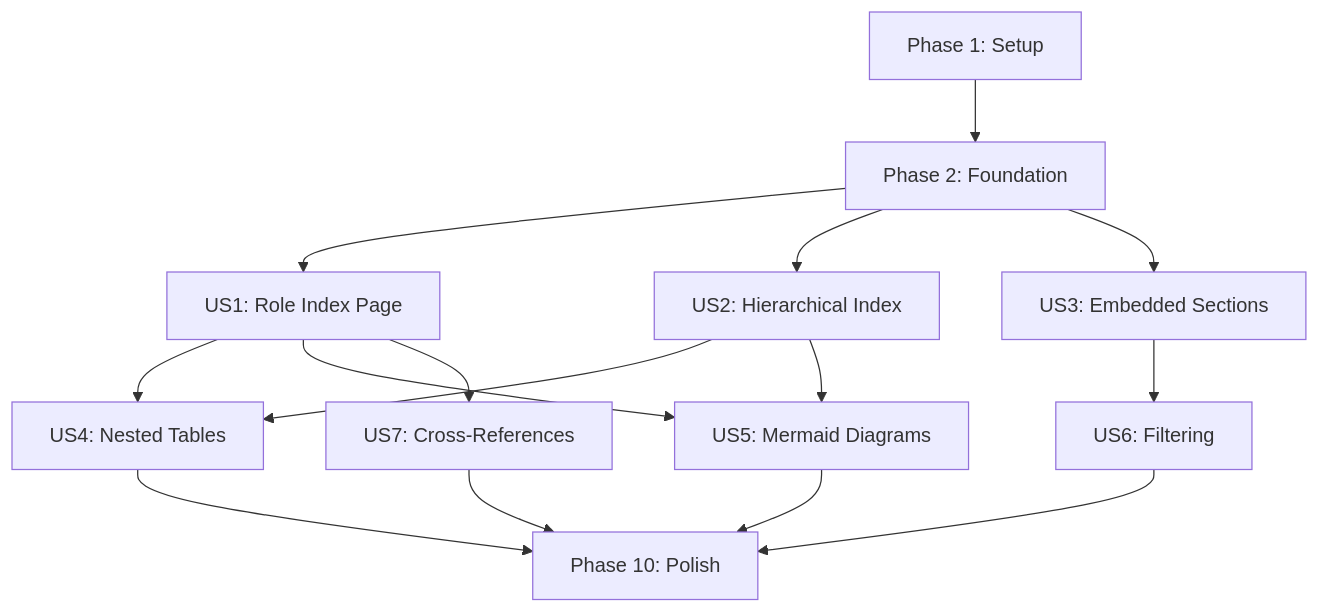
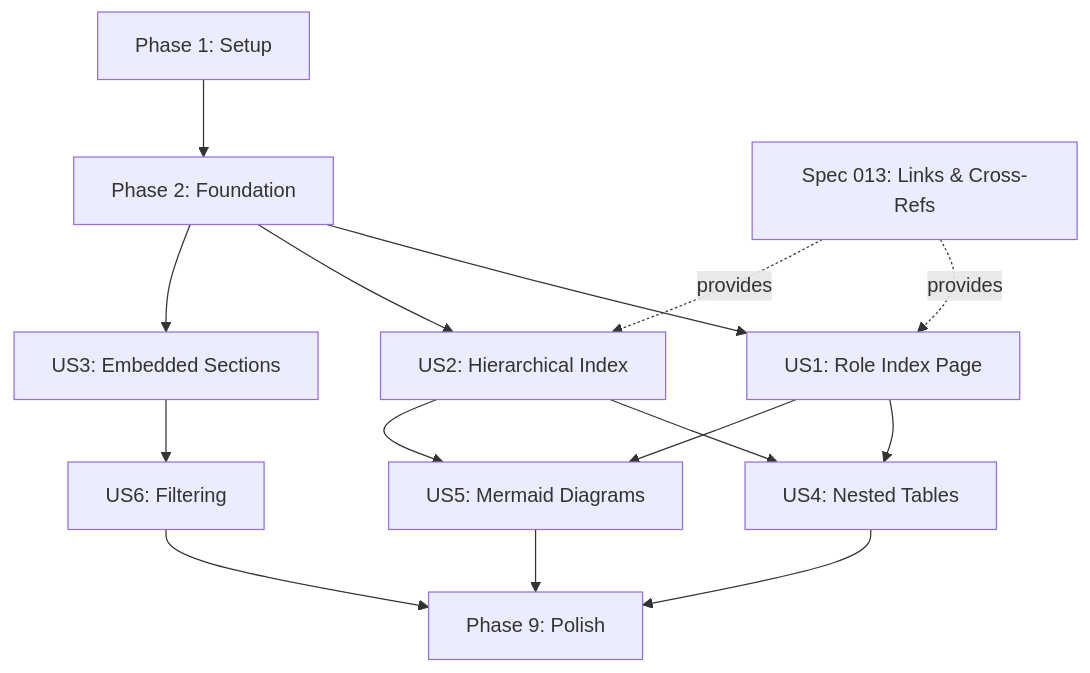
The diagram in specs/011-indexes-navigation/tasks.md (K4M1coder/ansible-doctor-enhanced), drawn with Mermaid before and after one commit. The commit also changed other lines of this file and 1 other file, not shown here.

Commit message:
feat(spec-011): update prerequisites and cross-spec dependencies for Indexes & Navigation

````diff
--- a/specs/011-indexes-navigation/tasks.md
+++ b/specs/011-indexes-navigation/tasks.md
@@ -241,28 +222,28 @@
 ```mermaid
 graph TD
     Setup[Phase 1: Setup]
     Foundation[Phase 2: Foundation]
     US1[US1: Role Index Page]
     US2[US2: Hierarchical Index]
     US3[US3: Embedded Sections]
     US4[US4: Nested Tables]
     US5[US5: Mermaid Diagrams]
     US6[US6: Filtering]
-    US7[US7: Cross-References]
-    Polish[Phase 10: Polish]
+    Spec013[Spec 013: Links & Cross-Refs]
+    Polish[Phase 9: Polish]
     
     Setup --> Foundation
     Foundation --> US1
     Foundation --> US2
     Foundation --> US3
     US1 --> US4
     US1 --> US5
     US2 --> US4
     US2 --> US5
     US3 --> US6
-    US1 --> US7
     US4 --> Polish
     US5 --> Polish
     US6 --> Polish
-    US7 --> Polish
+    Spec013 -.provides.-> US1
+    Spec013 -.provides.-> US2
 ```
````
